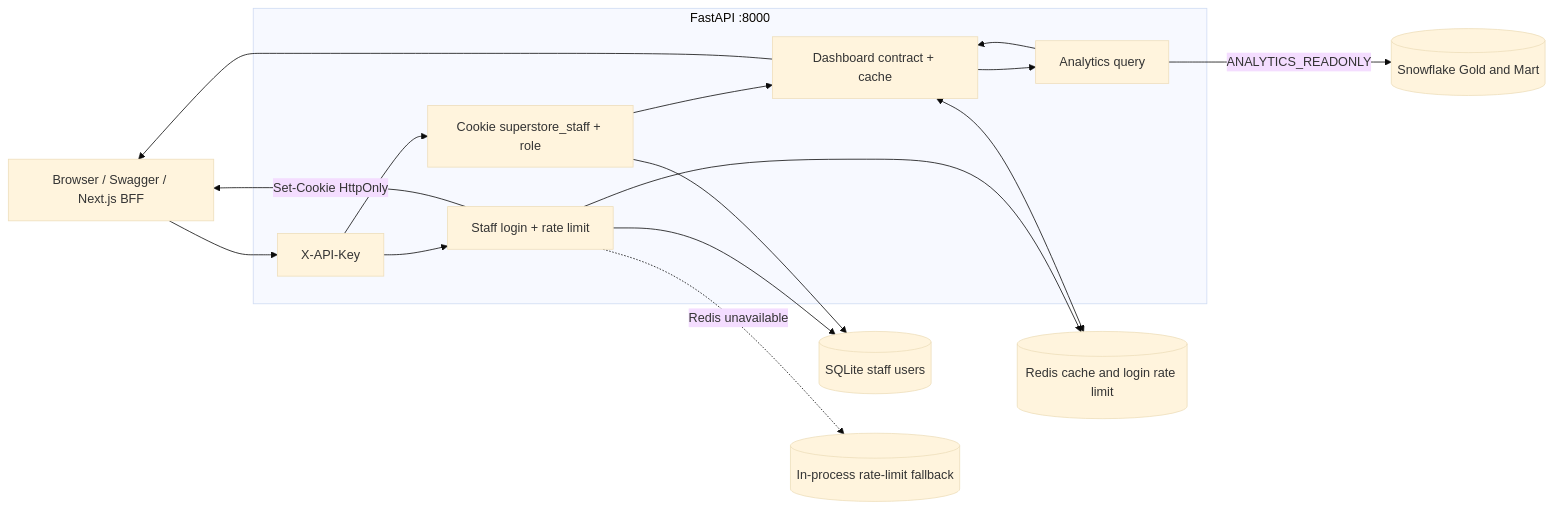
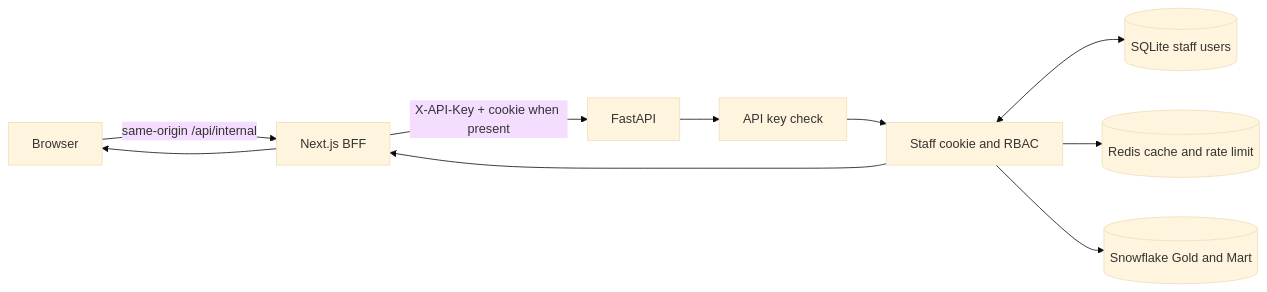
The diagram in docs/API/system_architecture_lineage.md (vothanhphu9x-pixel/superstore_ecommerce), drawn with Mermaid (base theme) before and after one commit. The commit also changed other lines of this file and 21 other files, not shown here.

Commit message:
SUP-146/161 fix-2 feat:deploy next js for vercel & Fast-API vps by CD

````diff
--- a/docs/API/system_architecture_lineage.md
+++ b/docs/API/system_architecture_lineage.md
@@ -10,28 +8,21 @@
 ```mermaid
 flowchart LR
-    C["Browser / Swagger / Next.js BFF"]
+    Browser[Browser]
+    Next[Next.js BFF]
+    API[FastAPI]
+    Key[API key check]
+    Staff[Staff cookie and RBAC]
+    SQLite[(SQLite staff users)]
+    Redis[(Redis cache and rate limit)]
+    Snowflake[(Snowflake Gold and Mart)]
 
-    subgraph API["FastAPI :8000"]
-        AUTH["X-API-Key"]
-        LOGIN["Staff login + rate limit"]
-        SESSION["Cookie superstore_staff + role"]
-        DASH["Dashboard contract + cache"]
-        QUERY["Analytics query"]
-    end
-
-    USERS[(SQLite staff users)]
-    LIMIT[(In-process rate-limit fallback)]
-    REDIS[(Redis cache and login rate limit)]
-    SF[(Snowflake Gold and Mart)]
-
-    C --> AUTH
-    AUTH --> LOGIN --> USERS
-    LOGIN -->|Set-Cookie HttpOnly| C
-    LOGIN --> REDIS
-    LOGIN -. Redis unavailable .-> LIMIT
-    AUTH --> SESSION --> USERS
-    SESSION --> DASH
-    DASH <--> REDIS
-    DASH --> QUERY -->|ANALYTICS_READONLY| SF
-    QUERY --> DASH --> C
+    Browser -->|same-origin /api/internal| Next
+    Next -->|X-API-Key + cookie when present| API
+    API --> Key
+    Key --> Staff
+    Staff <--> SQLite
+    Staff --> Redis
+    Staff --> Snowflake
+    Staff --> Next
+    Next --> Browser
 ```
````
